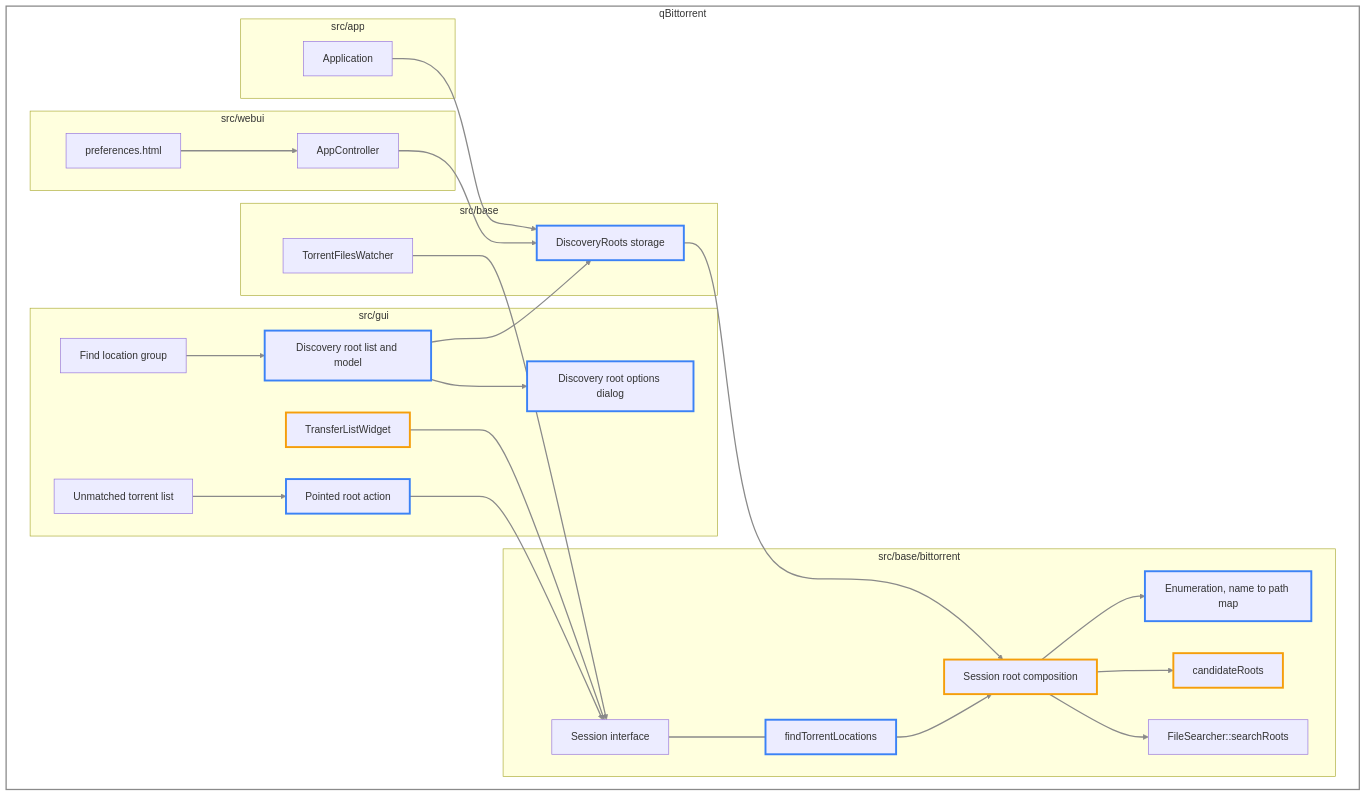
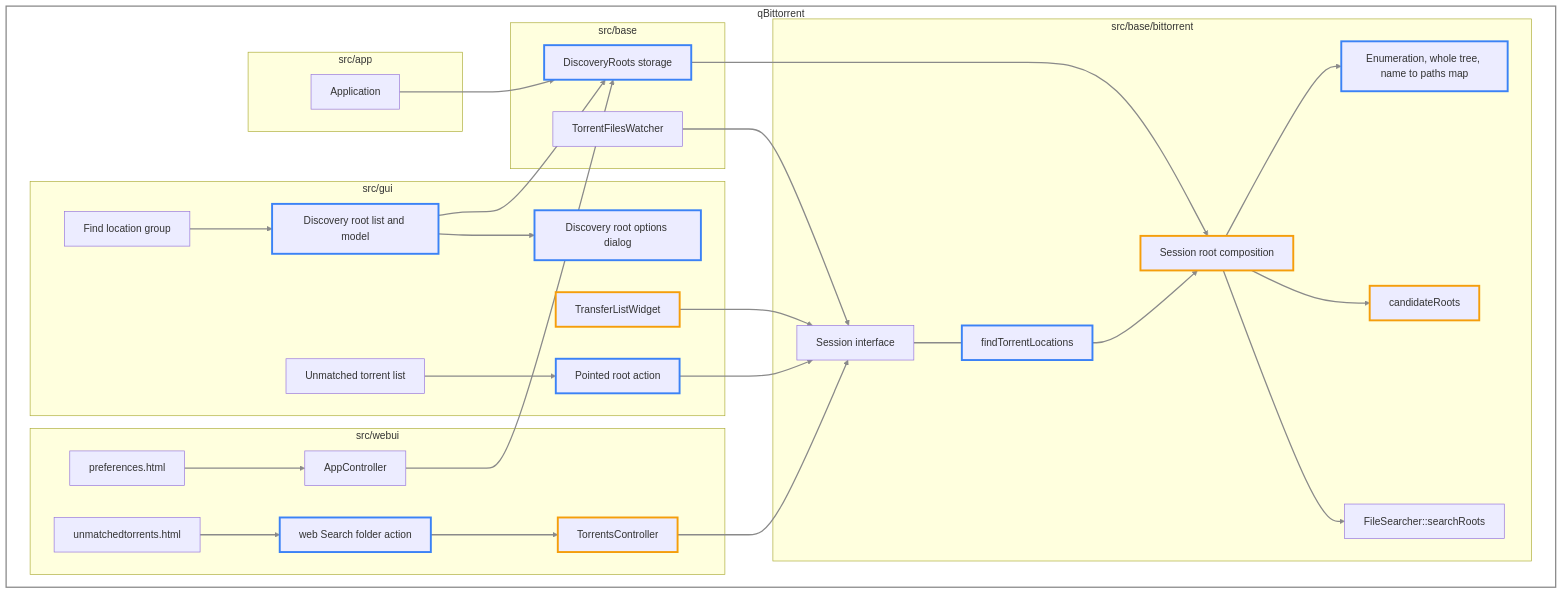
Before and after one commit to tsylvester/qBittorrent: the fourth of 4 diagrams in doc/en/find-location_system_architecture.md, drawn with Mermaid. The commit also changed other lines of this file and 8 other files, not shown here.

````diff
--- a/doc/en/find-location_system_architecture.md
+++ b/doc/en/find-location_system_architecture.md
@@ -260,56 +280,62 @@
 ```mermaid
 flowchart TD
     subgraph repo["qBittorrent"]
         subgraph app["src/app"]
             APP["Application"]
         end
         subgraph gui["src/gui"]
             TLW["TransferListWidget"]
             ODG["Find location group"]
             DRL["Discovery root list and model"]
             DRD["Discovery root options dialog"]
             UML["Unmatched torrent list"]
             PRA["Pointed root action"]
         end
         subgraph web["src/webui"]
             AC["AppController"]
             PH["preferences.html"]
+            TC["TorrentsController"]
+            WUL["unmatchedtorrents.html"]
+            WPR["web Search folder action"]
         end
         subgraph base["src/base"]
             DRS["DiscoveryRoots storage"]
             TFW["TorrentFilesWatcher"]
         end
         subgraph bt["src/base/bittorrent"]
             SESS["Session interface"]
             BATCH["findTorrentLocations"]
             COMP["Session root composition"]
-            ENUM["Enumeration, name to path map"]
+            ENUM["Enumeration, whole tree, name to paths map"]
             CR["candidateRoots"]
             FSN["FileSearcher::searchRoots"]
         end
     end
 
     APP --> DRS
     TFW --> SESS
     DRS --> COMP
     SESS --- BATCH
     BATCH --> COMP
     COMP --> ENUM
     COMP --> CR
     COMP --> FSN
     ODG --> DRL
     DRL --> DRD
     DRL --> DRS
     TLW --> SESS
     UML --> PRA
     PRA --> SESS
+    WUL --> WPR
+    WPR --> TC
     AC --> DRS
     PH --> AC
+    TC --> SESS
 
     linkStyle default stroke:#8a8a8a,stroke-width:2px
     style repo fill:none,stroke:#8a8a8a,stroke-width:2px
     classDef added stroke:#3b82f6,stroke-width:3px
-    class DRS,ENUM,DRL,DRD,PRA,BATCH added
+    class DRS,ENUM,DRL,DRD,PRA,BATCH,WPR added
     classDef changed stroke:#f59e0b,stroke-width:3px
-    class TLW,COMP,CR changed
+    class TLW,TC,COMP,CR changed
 ```
````
